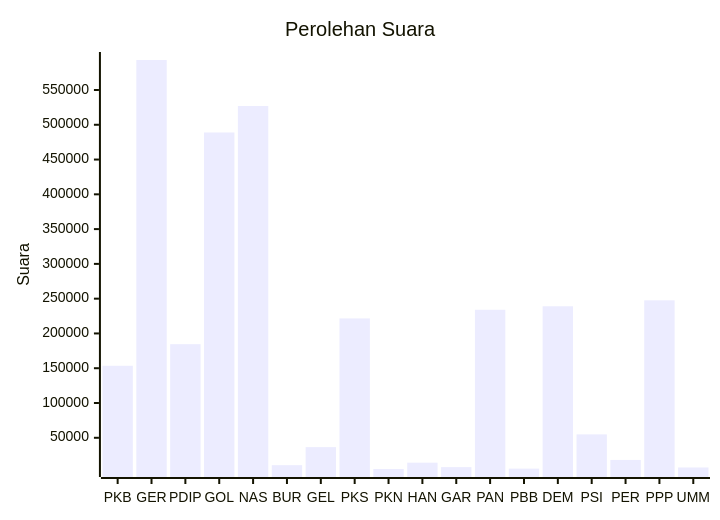
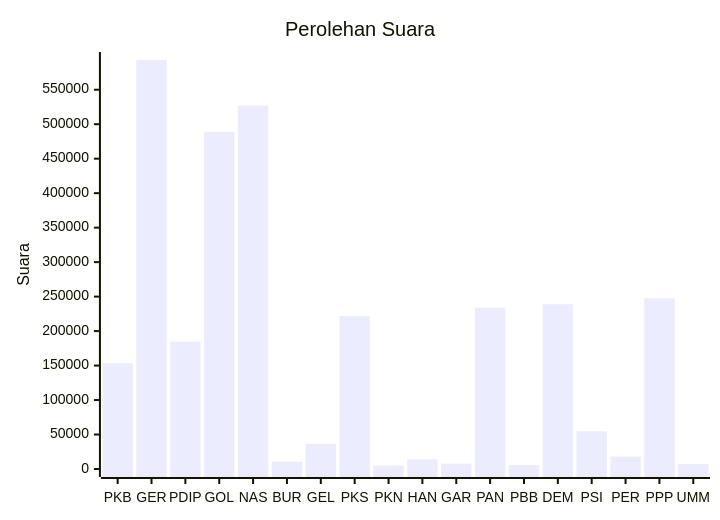
The diagram in pileg-dpr/hitung-suara/sub/table-wilayah-73.md (gigit-pemilu/pemilu-2024), drawn with Mermaid before and after one commit. The commit also changed 57 other files, not shown here.

````diff
--- a/pileg-dpr/hitung-suara/sub/table-wilayah-73.md
+++ b/pileg-dpr/hitung-suara/sub/table-wilayah-73.md
@@ -7,7 +7,7 @@
 ```mermaid
 xychart-beta
     title "Perolehan Suara"
     x-axis [PKB, GER, PDIP, GOL, NAS, BUR, GEL, PKS, PKN, HAN, GAR, PAN, PBB, DEM, PSI, PER, PPP, UMM]
-    y-axis "Suara"
+    y-axis "Suara" 0 --> 593113
     bar [153549, 593113, 184552, 488945, 526996, 10629, 36558, 221617, 5119, 14223, 7794, 234029, 5640, 239044, 54859, 18125, 247634, 7328]
 ```
````
